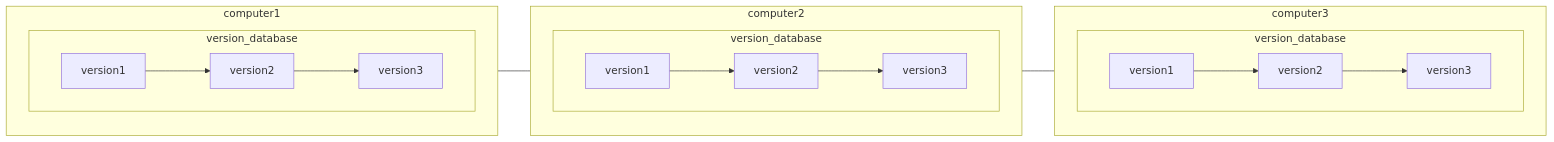
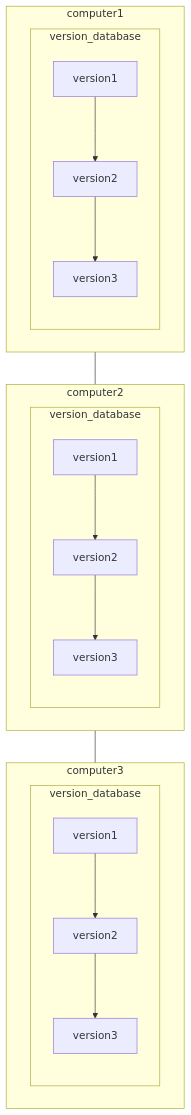
One commit to mk310/mk310.github.io changed the first of 3 diagrams in software_git/index.md. Above: the diagram before and after it, drawn with Mermaid. The commit also changed other lines of this file and 12 other files, not shown here.

```diff
--- a/software_git/index.md
+++ b/software_git/index.md
@@ -13,22 +15,22 @@
 {{< mermaid >}}
-flowchart LR
+flowchart TD
 subgraph computer1
     subgraph data1[version_database]
         v1[version1]-->v2[version2]
         v2--> v3[version3]
     end
 end
 subgraph computer2
     subgraph data2[version_database]
         v21[version1]-->v22[version2]
         v22--> v23[version3]
     end
 end
 subgraph computer3
     subgraph data3[version_database]
         v31[version1]-->v32[version2]
         v32--> v33[version3]
     end
 end
 computer1 --- computer2 --- computer3
 {{< /mermaid >}}
```
